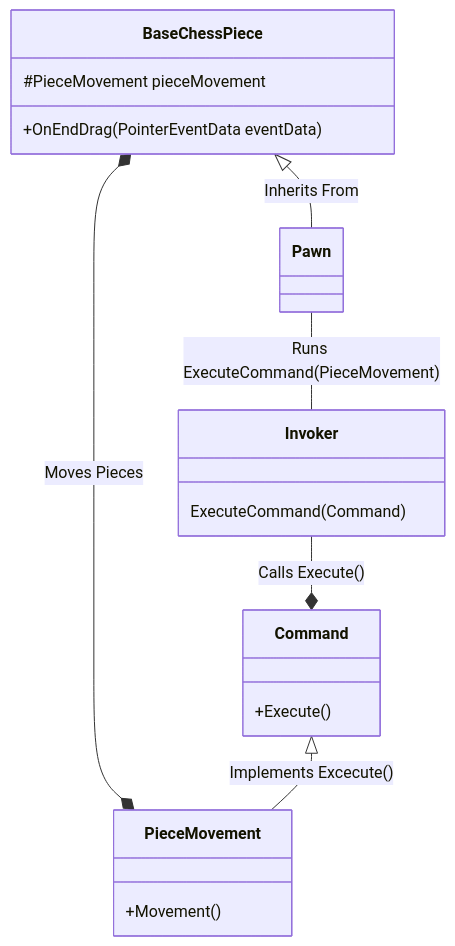
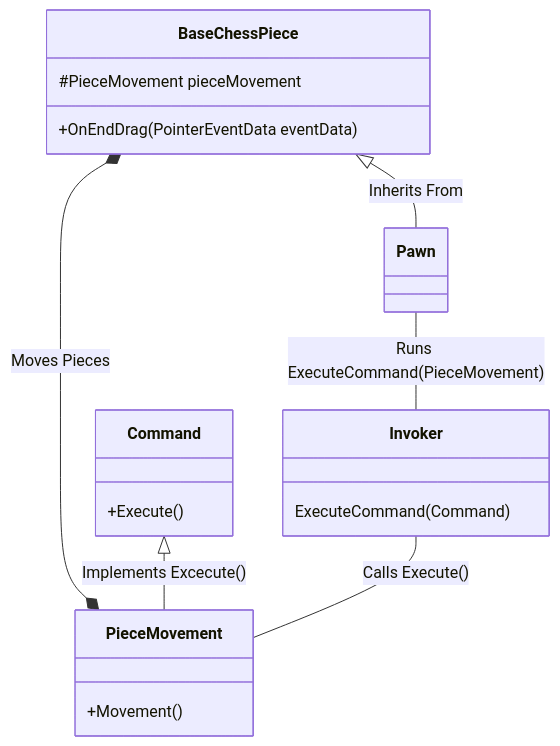
One commit to JL-40/Game_Engine_Assignment_1 changed the diagram in README.md. Above: the diagram before and after it, drawn with Mermaid.

````diff
--- a/README.md
+++ b/README.md
@@ -56,14 +56,14 @@
 ```mermaid
 classDiagram
 	BaseChessPiece : #PieceMovement pieceMovement
 	BaseChessPiece : +OnEndDrag(PointerEventData eventData)
 	BaseChessPiece <|-- Pawn : Inherits From
 	Pawn -- Invoker : Runs ExecuteCommand(PieceMovement)
 	BaseChessPiece *--* PieceMovement : Moves Pieces 
 	Command <|-- PieceMovement : Implements Excecute()
 	Command : +Execute()
 	PieceMovement : +Movement()
-	Invoker --* Command : Calls Execute()
+	Invoker -- PieceMovement : Calls Execute()
 	Invoker : ExecuteCommand(Command)
 	
 ```
````
